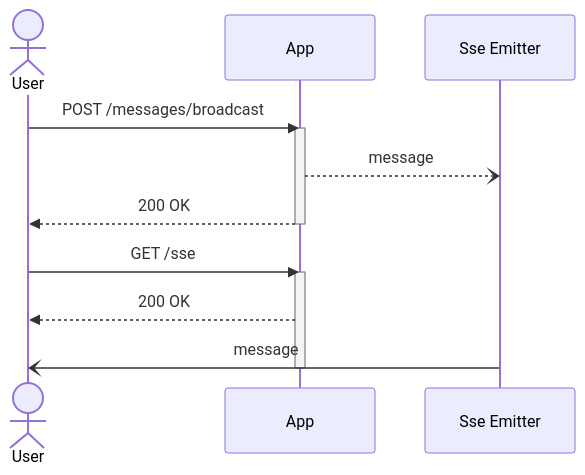
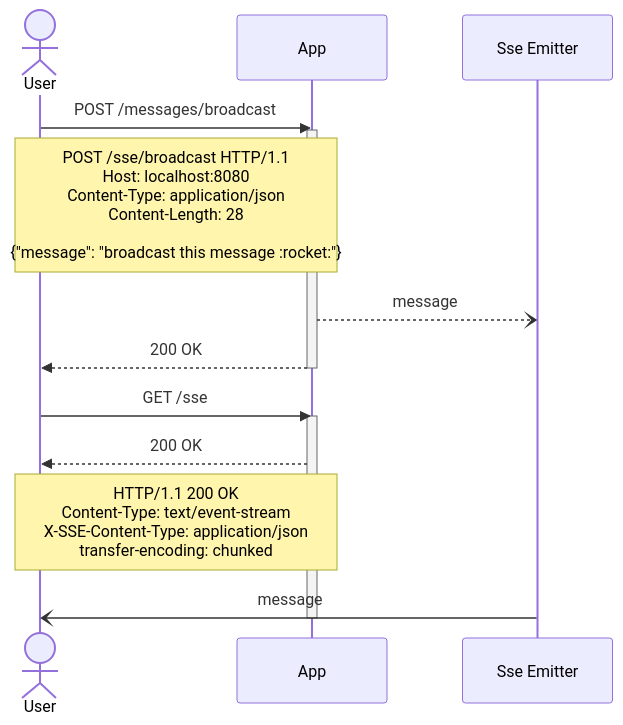
The diagram in _posts/2023-08-31-quarkus-sse.md (Pakisan/pakisan.github.io), drawn with Mermaid before and after one commit. The commit also changed other lines of this file, not shown here.

First line of the commit message:
feat: Quarkus SSE app draft

````diff
--- a/_posts/2023-08-31-quarkus-sse.md
+++ b/_posts/2023-08-31-quarkus-sse.md
@@ -14,18 +14,20 @@
 ```mermaid
 sequenceDiagram
 	actor User
 	participant App
 	participant Sse Emitter
 
 	User->>App: POST /messages/broadcast
 	activate App
-	App--)Sse Emitter: message
+  Note over App,User: POST /sse/broadcast HTTP/1.1<br/>Host: localhost:8080<br/>Content-Type: application/json<br/>Content-Length: 28<br/><br/>{"message": "broadcast this message :rocket:"}
+  App--)Sse Emitter: message
 	App-->>User: 200 OK
 	deactivate App
 
 	User->>App: GET /sse
 	activate App
 	App-->>User: 200 OK
-	Sse Emitter-)User: message
+  Note over App,User: HTTP/1.1 200 OK<br/>Content-Type: text/event-stream<br/>X-SSE-Content-Type: application/json<br/>transfer-encoding: chunked
+  Sse Emitter-)User: message
 	deactivate App
 ```
````
